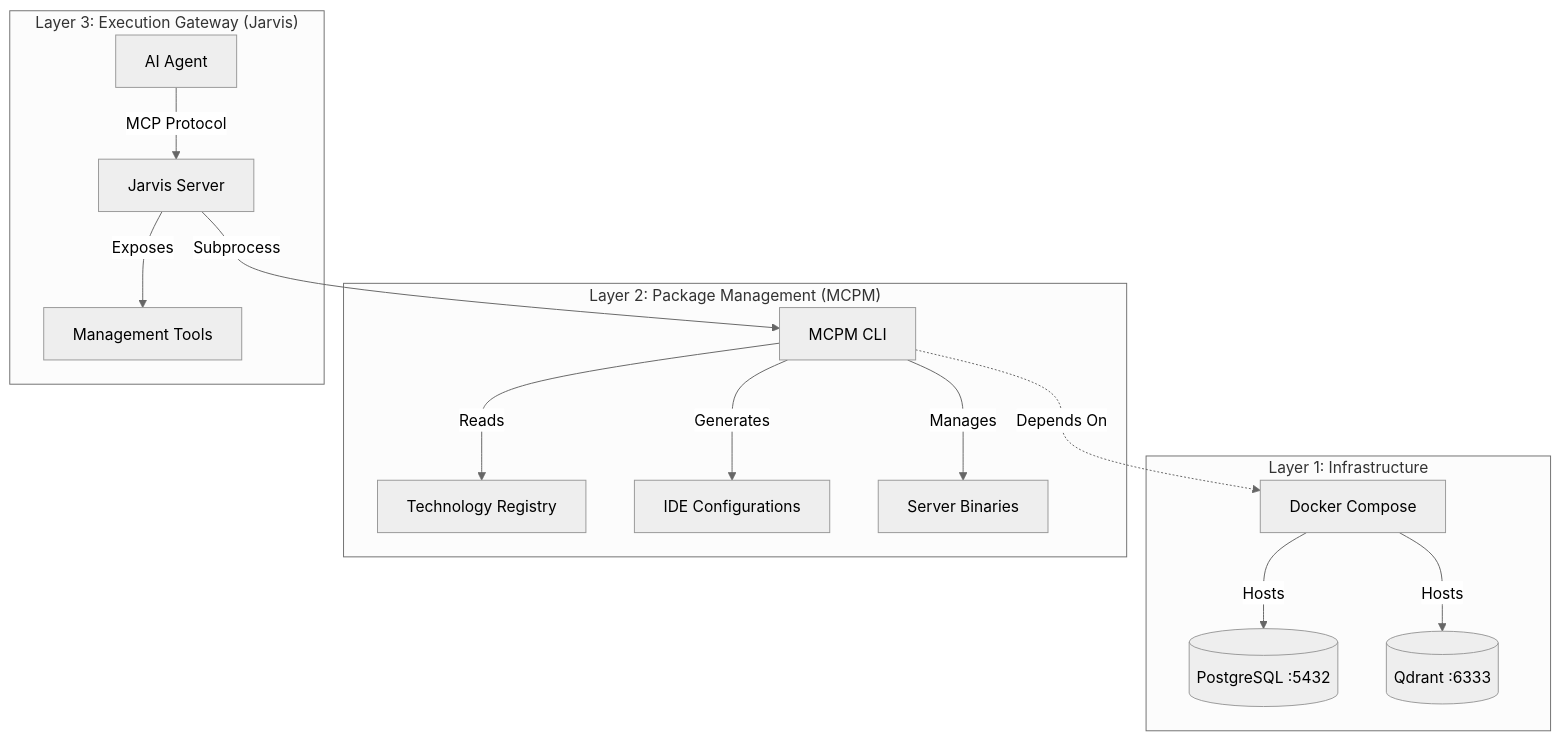
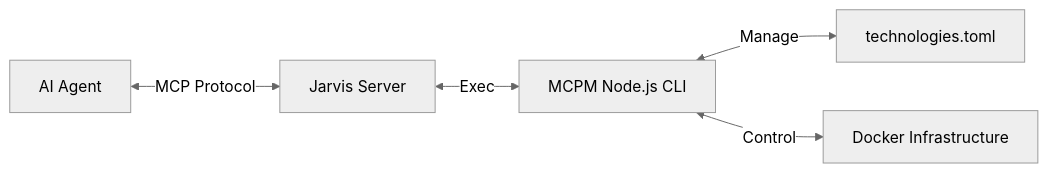
The diagram in README.md (JRedeker/Jarvis-mcpm), drawn with Mermaid (neutral theme) before and after one commit. The commit also changed other lines of this file and 3 other files, not shown here.

````diff
--- a/README.md
+++ b/README.md
@@ -10,21 +88,7 @@
 ```mermaid
-graph TD
-    subgraph "Layer 1: Infrastructure"
-        Docker[Docker Compose] -->|Hosts| DB[(PostgreSQL :5432)]
-        Docker -->|Hosts| Vector[(Qdrant :6333)]
-    end
-
-    subgraph "Layer 2: Package Management (MCPM)"
-        MCPM_CLI[MCPM CLI] -->|Reads| Registry[Technology Registry]
-        MCPM_CLI -->|Generates| IDE_Config[IDE Configurations]
-        MCPM_CLI -->|Manages| Server_Bin[Server Binaries]
-    end
-
-    subgraph "Layer 3: Execution Gateway (Jarvis)"
-        Agent[AI Agent] -->|MCP Protocol| Jarvis[Jarvis Server]
-        Jarvis -->|Subprocess| MCPM_CLI
-        Jarvis -->|Exposes| Tools[Management Tools]
-    end
-
-    MCPM_CLI -.->|Depends On| Docker
+graph LR
+    Agent[AI Agent] <-->|MCP Protocol| Jarvis[Jarvis Server]
+    Jarvis <-->|Exec| CLI[MCPM Node.js CLI]
+    CLI <-->|Manage| Registry[technologies.toml]
+    CLI <-->|Control| Docker[Docker Infrastructure]
 ```
````
